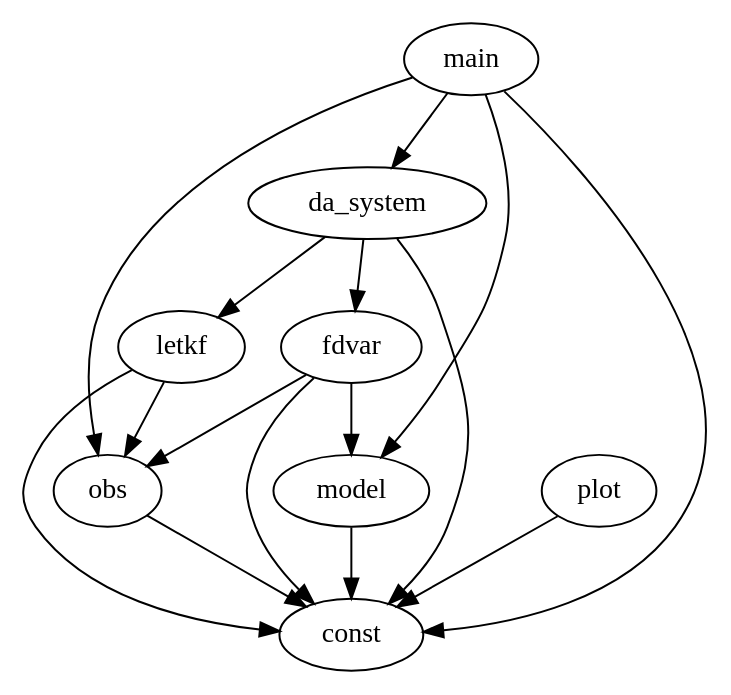
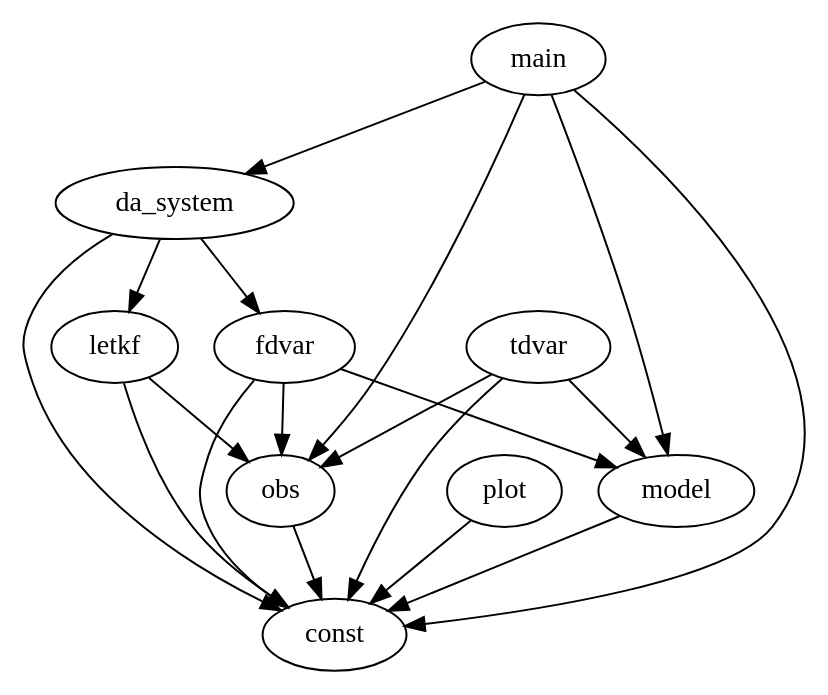
One commit to ysdtkm/DA_testbed changed the diagram in documentation/graph.dot. Above: the diagram before and after it, drawn with Graphviz. The commit also changed 4 other files, not shown here.

```diff
--- a/documentation/graph.dot
+++ b/documentation/graph.dot
@@ -1,17 +1,20 @@
 digraph {
     letkf -> obs;
     letkf -> const;
     main -> const;
     main -> model;
     main -> da_system;
     main -> obs;
     model -> const;
     plot -> const;
     da_system -> const;
     da_system -> letkf;
     da_system -> fdvar;
     obs -> const;
     fdvar -> model;
     fdvar -> const;
     fdvar -> obs;
+    tdvar -> model;
+    tdvar -> const;
+    tdvar -> obs;
 }
```
